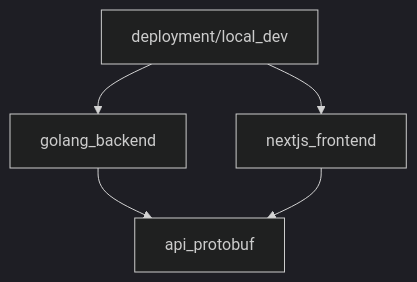
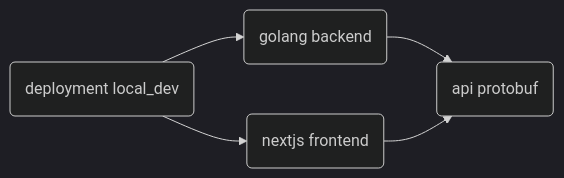
The diagram in README.md (elevationtools/mako), drawn with Mermaid (dark theme) before and after one commit. The commit also changed other lines of this file, not shown here.

Commit message:
squash me.

````diff
--- a/README.md
+++ b/README.md
@@ -31,7 +31,11 @@
 ```mermaid
-graph TD;
-    deployment/local_dev-->golang_backend;
-    deployment/local_dev-->nextjs_frontend;
-    golang_backend-->api_protobuf;
-    nextjs_frontend-->api_protobuf;
+flowchart LR;
+  A(deployment local_dev)
+  B(golang backend)
+  C(nextjs frontend)
+  D(api protobuf)
+  A-->B;
+  A-->C;
+  B-->D;
+  C-->D;
 ```
````
